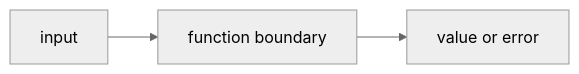
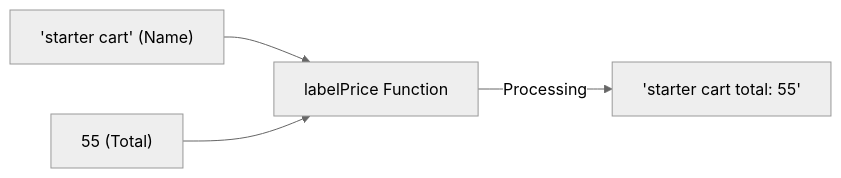
Before and after one commit to rasel9t6/the-go-engineer: the diagram in 03-functions-errors/2-parameters-and-returns/README.md, drawn with Mermaid (neutral theme). The commit also changed other lines of this file and 26 other files, not shown here.

````diff
--- a/03-functions-errors/2-parameters-and-returns/README.md
+++ b/03-functions-errors/2-parameters-and-returns/README.md
@@ -26,5 +24,6 @@
 ```mermaid
 graph LR
-    A["input"] --> B["function boundary"]
-    B --> C["value or error"]
+    A["'starter cart' (Name)"] --> B["labelPrice Function"]
+    C["55 (Total)"] --> B
+    B -- "Processing" --> D["'starter cart total: 55'"]
 ```
````
